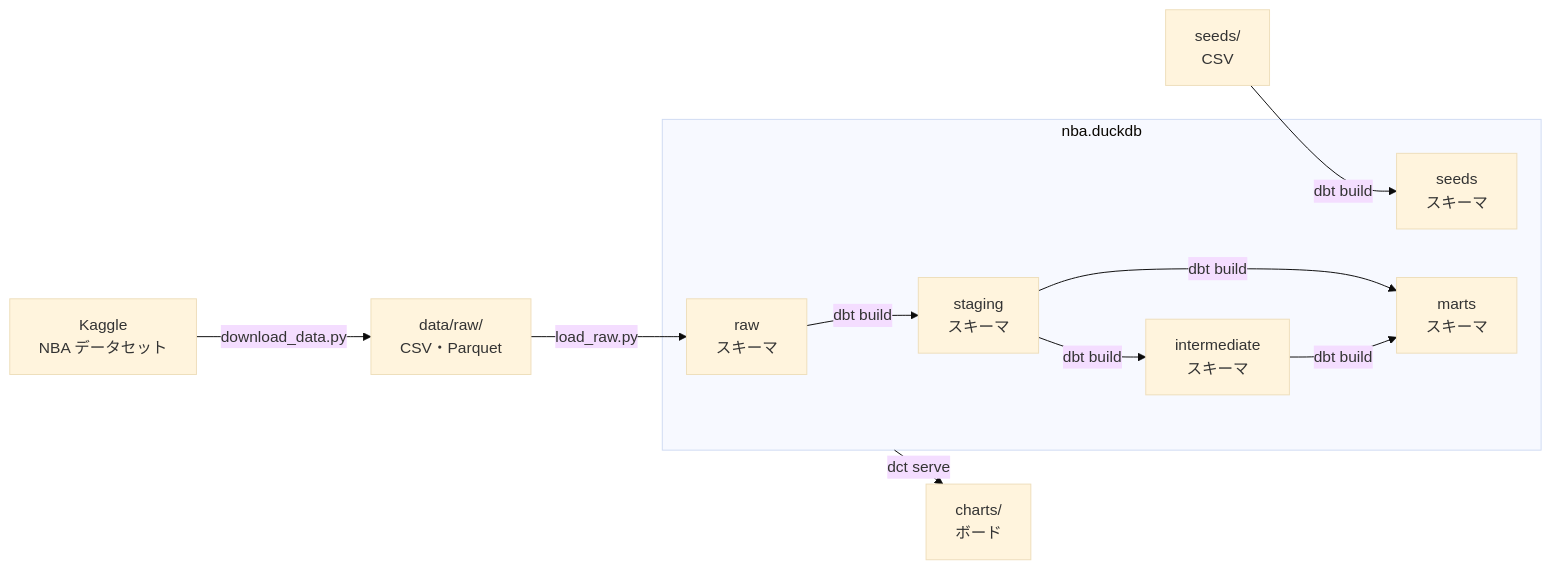
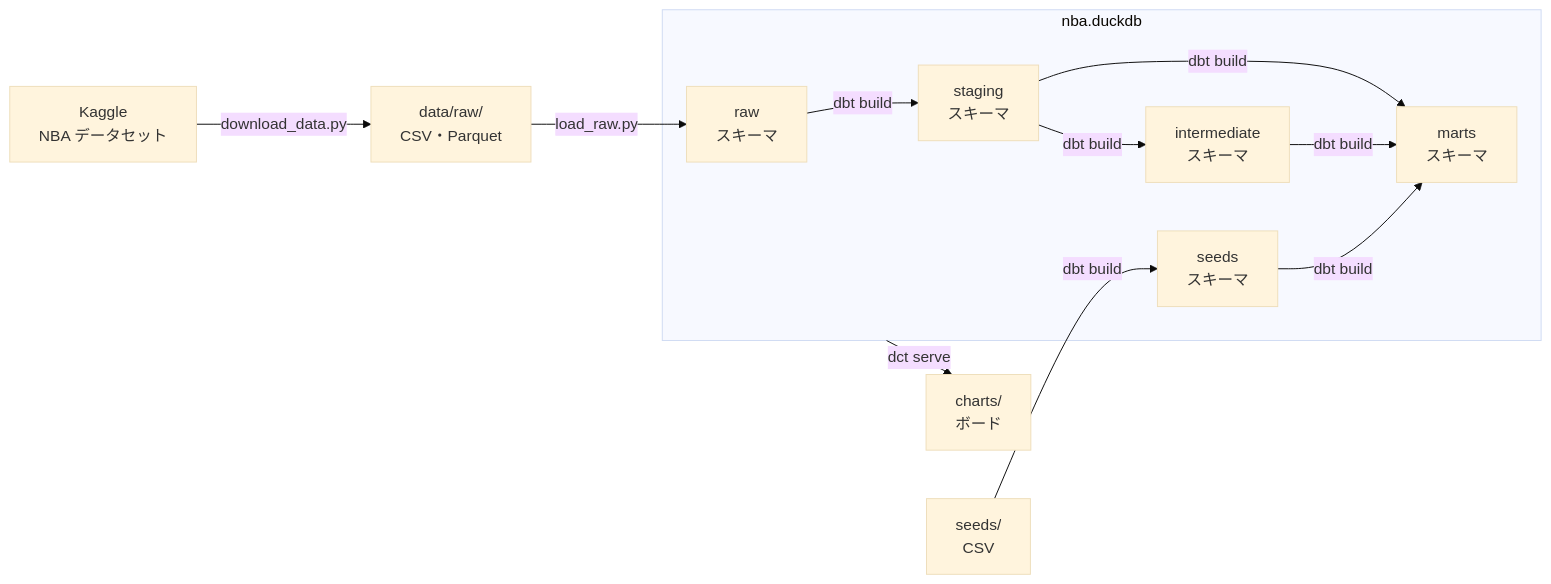
Before and after one commit to ryatora/nba-dbt-playground: the diagram in README.md, drawn with Mermaid (base theme). The commit also changed other lines of this file and 5 other files, not shown here.

````diff
--- a/README.md
+++ b/README.md
@@ -72,14 +72,14 @@
 ```mermaid
 flowchart LR
     kaggle["Kaggle<br>NBA データセット"] -->|download_data.py| raw_files["data/raw/<br>CSV・Parquet"]
     raw_files -->|load_raw.py| raw_schema
     seed_files["seeds/<br>CSV"] -->|dbt build| seeds_schema
     subgraph duckdb["nba.duckdb"]
         raw_schema["raw<br>スキーマ"] -->|dbt build| staging["staging<br>スキーマ"]
         staging -->|dbt build| intermediate["intermediate<br>スキーマ"]
         staging -->|dbt build| marts["marts<br>スキーマ"]
         intermediate -->|dbt build| marts
-        seeds_schema["seeds<br>スキーマ"]
+        seeds_schema["seeds<br>スキーマ"] -->|dbt build| marts
     end
     duckdb -->|dct serve| charts["charts/<br>ボード"]
 ```
````
